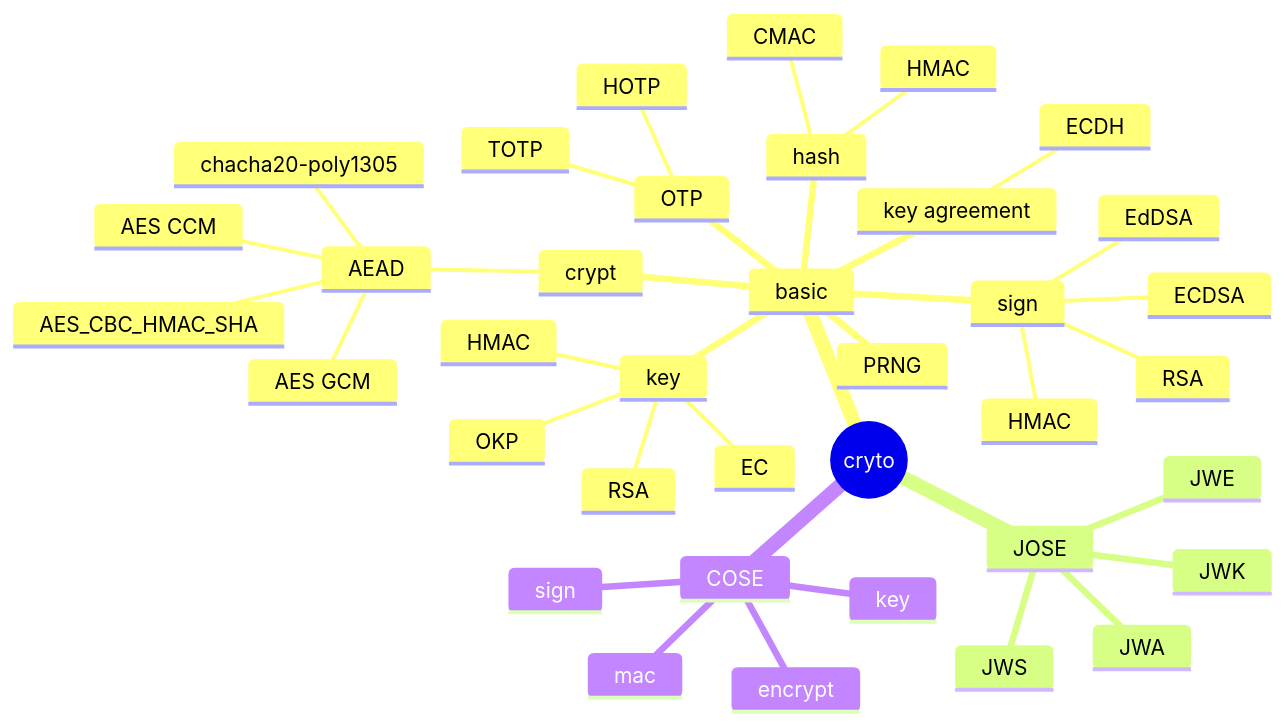
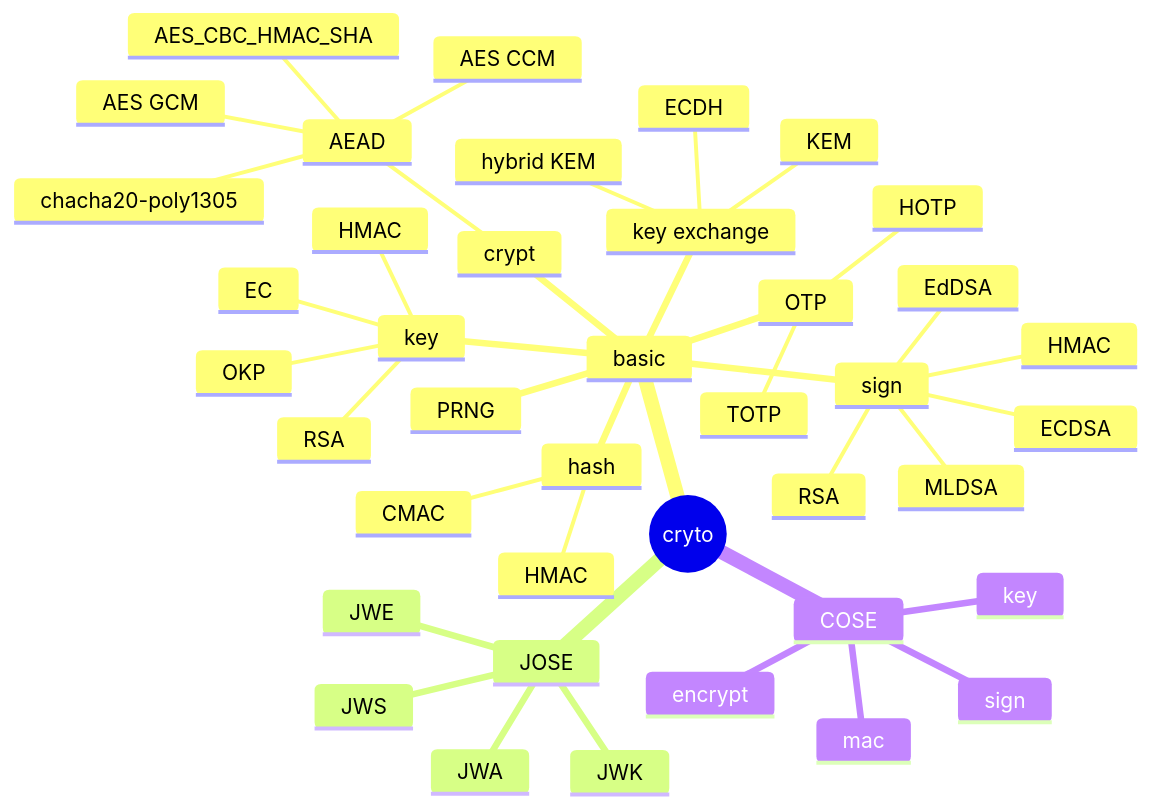
One commit to princeb612/hotplace changed the diagram in sdk/crypto/README.md. Above: the diagram before and after it, drawn with Mermaid. The commit also changed 64 other files, not shown here.

````diff
--- a/sdk/crypto/README.md
+++ b/sdk/crypto/README.md
@@ -3,40 +3,43 @@
 ```mermaid
 mindmap
   root((cryto))
     basic
       crypt
         AEAD
           AES GCM
           AES CCM
           chacha20-poly1305
           AES_CBC_HMAC_SHA
       hash
         HMAC
         CMAC
       sign
         HMAC
         RSA
         ECDSA
         EdDSA
+        MLDSA
       key
         HMAC
         RSA
         EC
         OKP
-      key agreement
+      key exchange
         ECDH
+        KEM
+        hybrid KEM
       PRNG
       OTP
         HOTP
         TOTP
     JOSE
       JWS
       JWE
       JWA
       JWK
     COSE
       encrypt
       sign
       mac
       key
 ```
````
